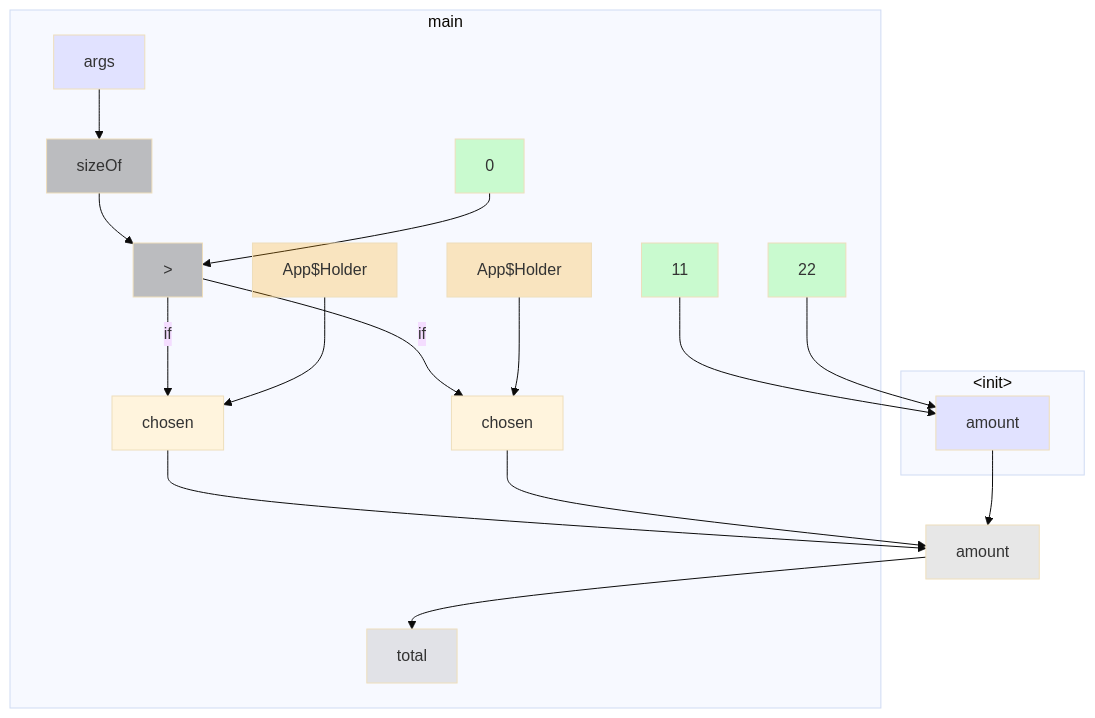
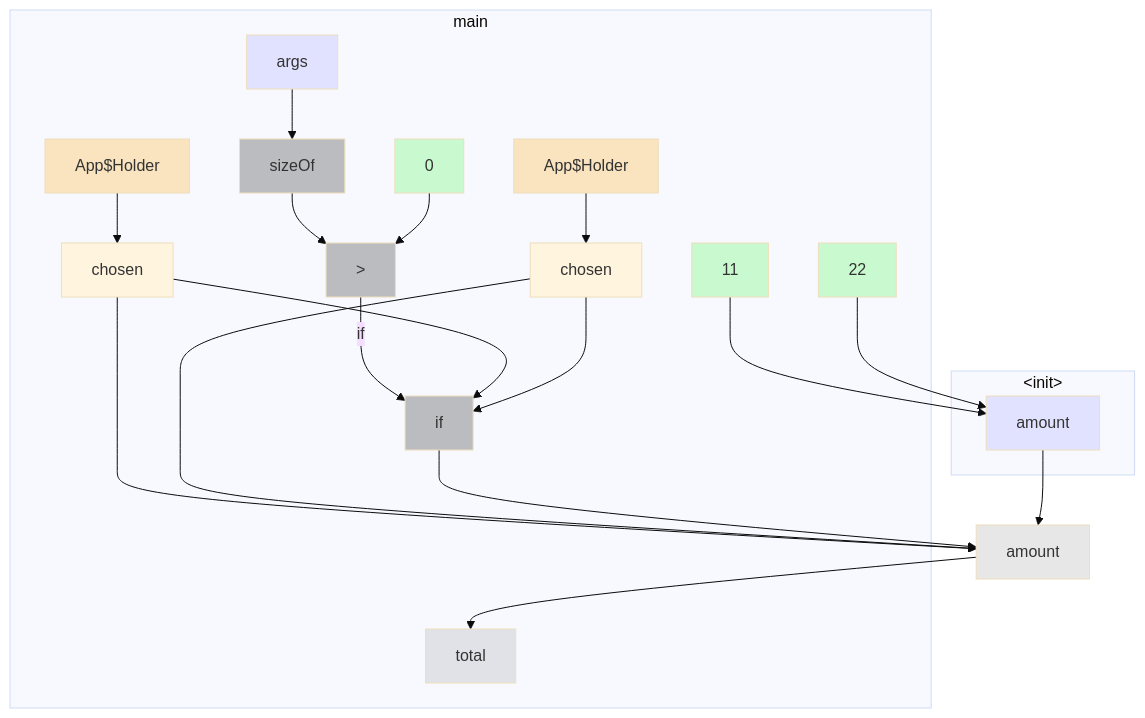
Before and after one commit to gstiebler/codeflow: the diagram in app/src/test/resources/aliasBranch/spike-truth.md, drawn with Mermaid (base theme). The commit also changed 17 other files, not shown here.

````diff
--- a/app/src/test/resources/aliasBranch/spike-truth.md
+++ b/app/src/test/resources/aliasBranch/spike-truth.md
@@ -3,40 +3,43 @@
 ```mermaid
 flowchart TD
   subgraph m0["#lt;init#gt;"]
     n0["amount"]:::FUNC_PARAM
   end
   subgraph m1["main"]
     n1["#gt;"]:::BIN_OP
     n2["sizeOf"]:::BIN_OP
     n3["App$Holder"]:::EXTERNAL
     n4["App$Holder"]:::EXTERNAL
     n5["args"]:::FUNC_PARAM
-    n6["0"]:::LITERAL
-    n7["11"]:::LITERAL
-    n8["22"]:::LITERAL
-    n9["chosen"]:::OBJ_VARIABLE
+    n6["if"]:::BIN_OP
+    n7["0"]:::LITERAL
+    n8["11"]:::LITERAL
+    n9["22"]:::LITERAL
     n10["chosen"]:::OBJ_VARIABLE
-    n11["total"]:::VARIABLE
+    n11["chosen"]:::OBJ_VARIABLE
+    n12["total"]:::VARIABLE
   end
-  n12["amount"]:::VARIABLE
-  n0 --> n12
-  n1 -->|if| n10
-  n1 -->|if| n9
-  n10 --> n12
-  n12 --> n11
+  n13["amount"]:::VARIABLE
+  n0 --> n13
+  n1 -->|if| n6
+  n10 --> n13
+  n10 --> n6
+  n11 --> n13
+  n11 --> n6
+  n13 --> n12
   n2 --> n1
-  n3 --> n9
-  n4 --> n10
+  n3 --> n10
+  n4 --> n11
   n5 --> n2
-  n6 --> n1
-  n7 --> n0
+  n6 --> n13
+  n7 --> n1
   n8 --> n0
-  n9 --> n12
+  n9 --> n0
   classDef LITERAL fill:#00FF0030
   classDef VARIABLE fill:#80808030
   classDef BIN_OP fill:#80808080
   classDef FUNC_PARAM fill:#8080FF30
   classDef RETURN fill:#FF808080
   classDef EXTERNAL fill:#FFA50040
   classDef UNMODELLED fill:#FF000030,stroke-dasharray: 4 2
 ```
````
